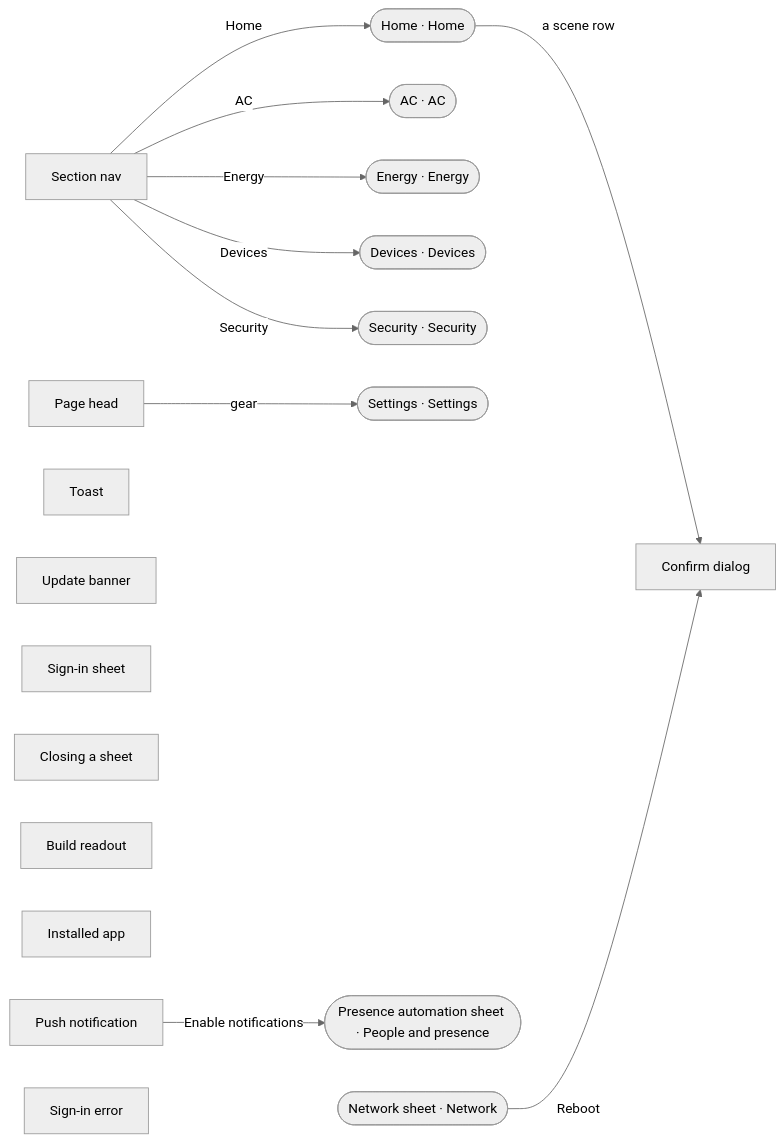
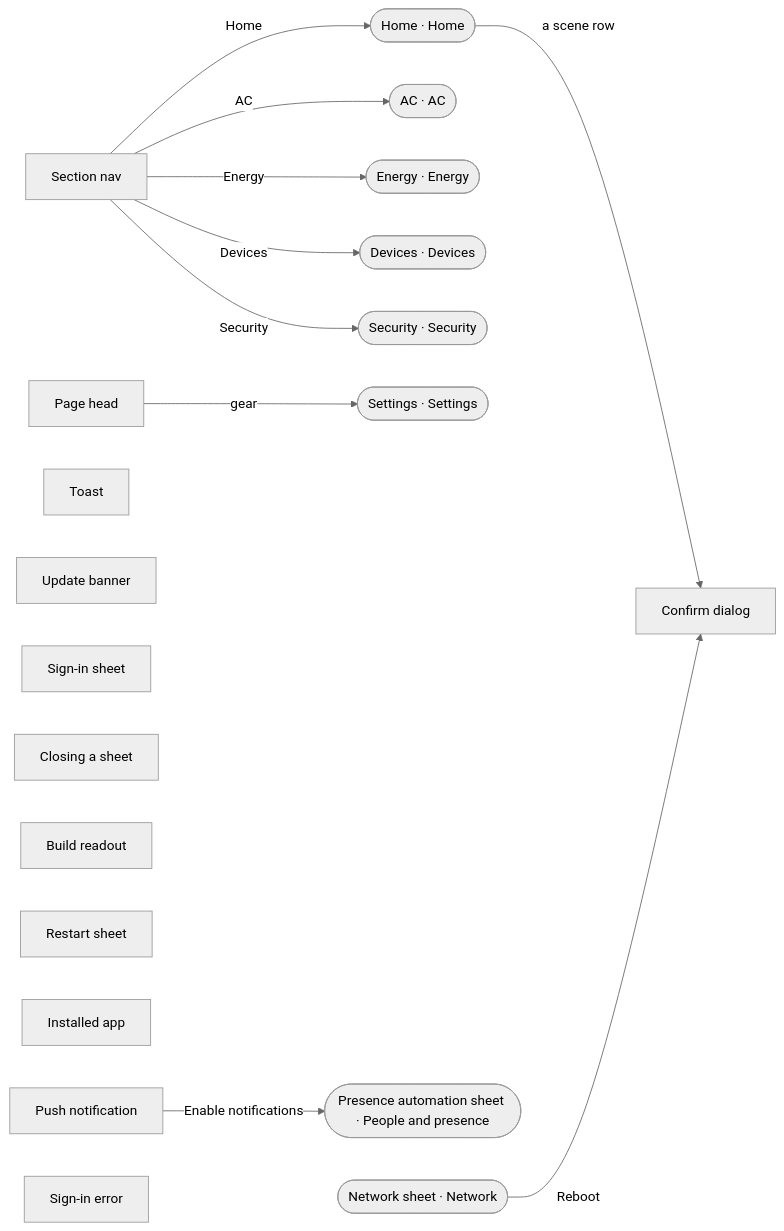
Before and after one commit to ferraroroberto/home-automation: the first of 10 diagrams in docs/ux-surface-map.md, drawn with Mermaid (neutral theme). The commit also changed other lines of this file and 24 other files, not shown here.

First line of the commit message:
feat: restart the app from the page-foot build readout (#1258)

````diff
--- a/docs/ux-surface-map.md
+++ b/docs/ux-surface-map.md
@@ -75,31 +75,32 @@
 ```mermaid
 flowchart LR
   s0["Section nav"]
   s1["Page head"]
   s2["Toast"]
   s3["Confirm dialog"]
   s4["Update banner"]
   s5["Sign-in sheet"]
   s6["Closing a sheet"]
   s7["Build readout"]
-  s8["Installed app"]
-  s9["Push notification"]
-  s117["Sign-in error"]
-  s10(["Home · Home"])
-  s15(["AC · AC"])
-  s22(["Energy · Energy"])
-  s26(["Devices · Devices"])
-  s46(["Security · Security"])
-  s67(["Settings · Settings"])
-  s66(["Presence automation sheet · People and presence"])
-  s37(["Network sheet · Network"])
-  s0 -->|"Home"| s10
-  s0 -->|"AC"| s15
-  s0 -->|"Energy"| s22
-  s0 -->|"Devices"| s26
-  s0 -->|"Security"| s46
-  s1 -->|"gear"| s67
-  s9 -->|"Enable notifications"| s66
-  s10 -->|"a scene row"| s3
-  s37 -->|"Reboot"| s3
+  s8["Restart sheet"]
+  s9["Installed app"]
+  s10["Push notification"]
+  s118["Sign-in error"]
+  s11(["Home · Home"])
+  s16(["AC · AC"])
+  s23(["Energy · Energy"])
+  s27(["Devices · Devices"])
+  s47(["Security · Security"])
+  s68(["Settings · Settings"])
+  s67(["Presence automation sheet · People and presence"])
+  s38(["Network sheet · Network"])
+  s0 -->|"Home"| s11
+  s0 -->|"AC"| s16
+  s0 -->|"Energy"| s23
+  s0 -->|"Devices"| s27
+  s0 -->|"Security"| s47
+  s1 -->|"gear"| s68
+  s10 -->|"Enable notifications"| s67
+  s11 -->|"a scene row"| s3
+  s38 -->|"Reboot"| s3
 ```
````
